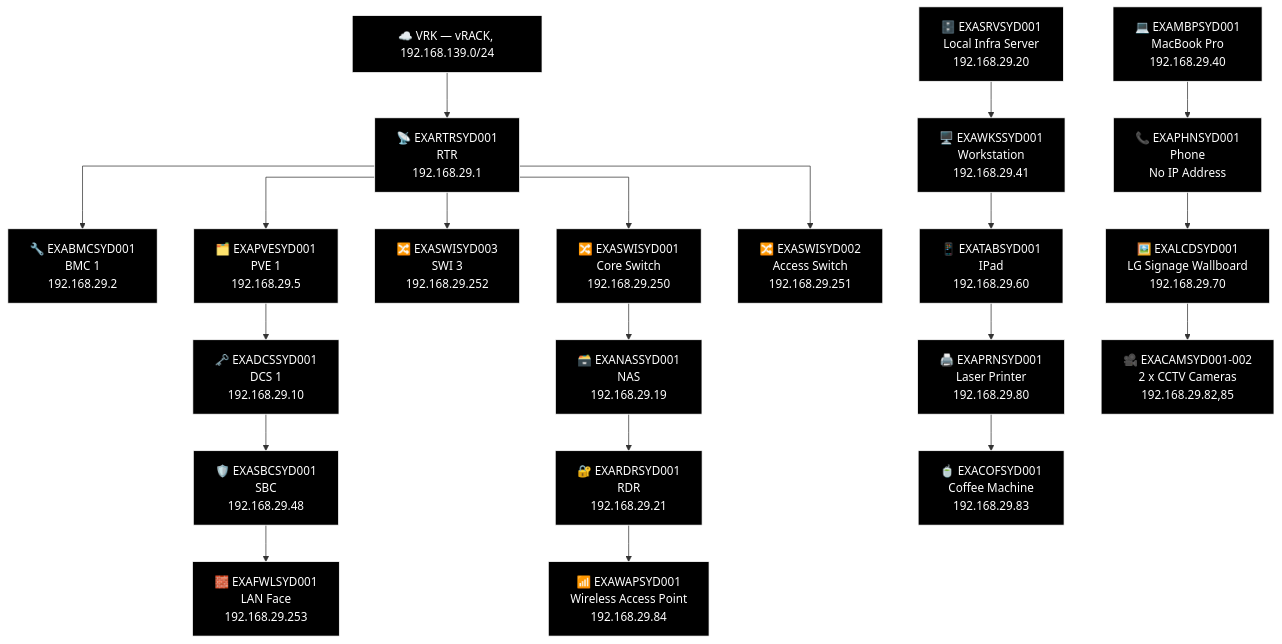
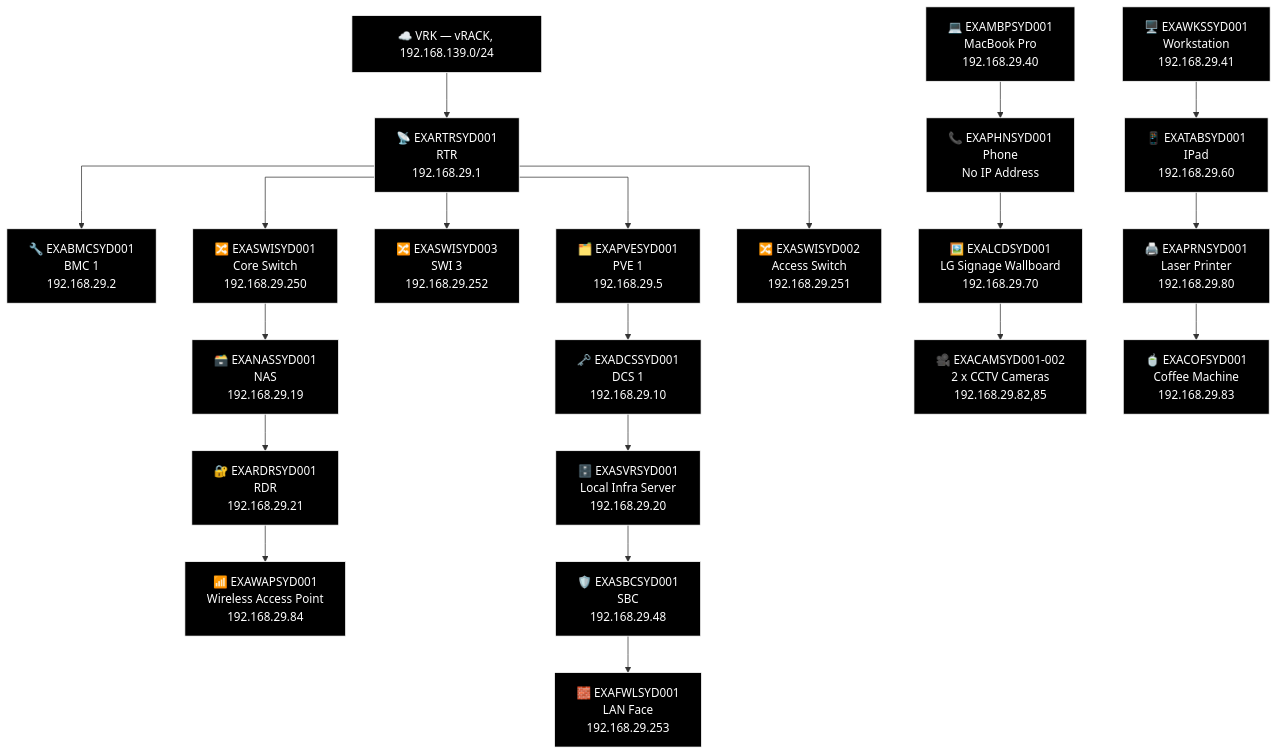
One commit to knightmare2600/example_music_infra changed the third of 6 diagrams in docs/network-diagram/australia.md. Above: the diagram before and after it, drawn with Mermaid. The commit also changed other lines of this file and 44 other files, not shown here.

````diff
--- a/docs/network-diagram/australia.md
+++ b/docs/network-diagram/australia.md
@@ -134,60 +134,60 @@
 ```mermaid
 %% GENERATED:TOPOLOGY:SYD:START
 %%{init: {'flowchart': {'curve': 'stepAfter'}}}%%
 graph TD
     T_VRK["☁️ VRK — vRACK, 192.168.139.0/24"]
     T_RTR["📡 EXARTRSYD001<br/>RTR<br/>192.168.29.1"]
     T_VRK --> T_RTR
     T_BMC["🔧 EXABMCSYD001<br/>BMC 1<br/>192.168.29.2"]
     T_RTR --> T_BMC
     T_PVE["🗂️ EXAPVESYD001<br/>PVE 1<br/>192.168.29.5"]
     T_RTR --> T_PVE
     T_SWI["🔀 EXASWISYD003<br/>SWI 3<br/>192.168.29.252"]
     T_RTR --> T_SWI
     T_SWI2["🔀 EXASWISYD001<br/>Core Switch<br/>192.168.29.250"]
     T_RTR --> T_SWI2
     T_SWI3["🔀 EXASWISYD002<br/>Access Switch<br/>192.168.29.251"]
     T_RTR --> T_SWI3
     T_NAS["🗃️ EXANASSYD001<br/>NAS<br/>192.168.29.19"]
     T_RDR["🔐 EXARDRSYD001<br/>RDR<br/>192.168.29.21"]
     T_WAP["📶 EXAWAPSYD001<br/>Wireless Access Point<br/>192.168.29.84"]
     T_SWI2 --> T_NAS --> T_RDR --> T_WAP
     T_DCS["🗝️ EXADCSSYD001<br/>DCS 1<br/>192.168.29.10"]
+    T_SVR["🗄️ EXASVRSYD001<br/>Local Infra Server<br/>192.168.29.20"]
     T_SBC["🛡️ EXASBCSYD001<br/>SBC<br/>192.168.29.48"]
     T_FWL["🧱 EXAFWLSYD001<br/>LAN Face<br/>192.168.29.253"]
-    T_PVE --> T_DCS --> T_SBC --> T_FWL
-    T_SRV["🗄️ EXASRVSYD001<br/>Local Infra Server<br/>192.168.29.20"]
+    T_PVE --> T_DCS --> T_SVR --> T_SBC --> T_FWL
     T_MBP["💻 EXAMBPSYD001<br/>MacBook Pro<br/>192.168.29.40"]
     T_WKS["🖥️ EXAWKSSYD001<br/>Workstation<br/>192.168.29.41"]
     T_PHN["📞 EXAPHNSYD001<br/>Phone<br/>No IP Address"]
     T_TAB["📱 EXATABSYD001<br/>IPad<br/>192.168.29.60"]
     T_LCD["🖼️ EXALCDSYD001<br/>LG Signage Wallboard<br/>192.168.29.70"]
     T_PRN["🖨️ EXAPRNSYD001<br/>Laser Printer<br/>192.168.29.80"]
     T_OTH_CAM["🎥 EXACAMSYD001-002<br/>2 x CCTV Cameras<br/>192.168.29.82,85"]
     T_COF["🍵 EXACOFSYD001<br/>Coffee Machine<br/>192.168.29.83"]
-    T_SRV --> T_WKS --> T_TAB --> T_PRN --> T_COF
     T_MBP --> T_PHN --> T_LCD --> T_OTH_CAM
+    T_WKS --> T_TAB --> T_PRN --> T_COF
     style T_VRK fill:#000000,stroke:#FFFFFF,color:#FFFFFF
     style T_RTR fill:#000000,stroke:#FFFFFF,color:#FFFFFF
     style T_BMC fill:#000000,stroke:#FFFFFF,color:#FFFFFF
     style T_PVE fill:#000000,stroke:#FFFFFF,color:#FFFFFF
     style T_SWI fill:#000000,stroke:#FFFFFF,color:#FFFFFF
     style T_SWI2 fill:#000000,stroke:#FFFFFF,color:#FFFFFF
     style T_SWI3 fill:#000000,stroke:#FFFFFF,color:#FFFFFF
     style T_NAS fill:#000000,stroke:#FFFFFF,color:#FFFFFF
     style T_RDR fill:#000000,stroke:#FFFFFF,color:#FFFFFF
     style T_WAP fill:#000000,stroke:#FFFFFF,color:#FFFFFF
     style T_DCS fill:#000000,stroke:#FFFFFF,color:#FFFFFF
+    style T_SVR fill:#000000,stroke:#FFFFFF,color:#FFFFFF
     style T_SBC fill:#000000,stroke:#FFFFFF,color:#FFFFFF
     style T_FWL fill:#000000,stroke:#FFFFFF,color:#FFFFFF
-    style T_SRV fill:#000000,stroke:#FFFFFF,color:#FFFFFF
     style T_MBP fill:#000000,stroke:#FFFFFF,color:#FFFFFF
     style T_WKS fill:#000000,stroke:#FFFFFF,color:#FFFFFF
     style T_PHN fill:#000000,stroke:#FFFFFF,color:#FFFFFF
     style T_TAB fill:#000000,stroke:#FFFFFF,color:#FFFFFF
     style T_LCD fill:#000000,stroke:#FFFFFF,color:#FFFFFF
     style T_PRN fill:#000000,stroke:#FFFFFF,color:#FFFFFF
     style T_OTH_CAM fill:#000000,stroke:#FFFFFF,color:#FFFFFF
     style T_COF fill:#000000,stroke:#FFFFFF,color:#FFFFFF
 %% GENERATED:TOPOLOGY:SYD:END
 ```
````
